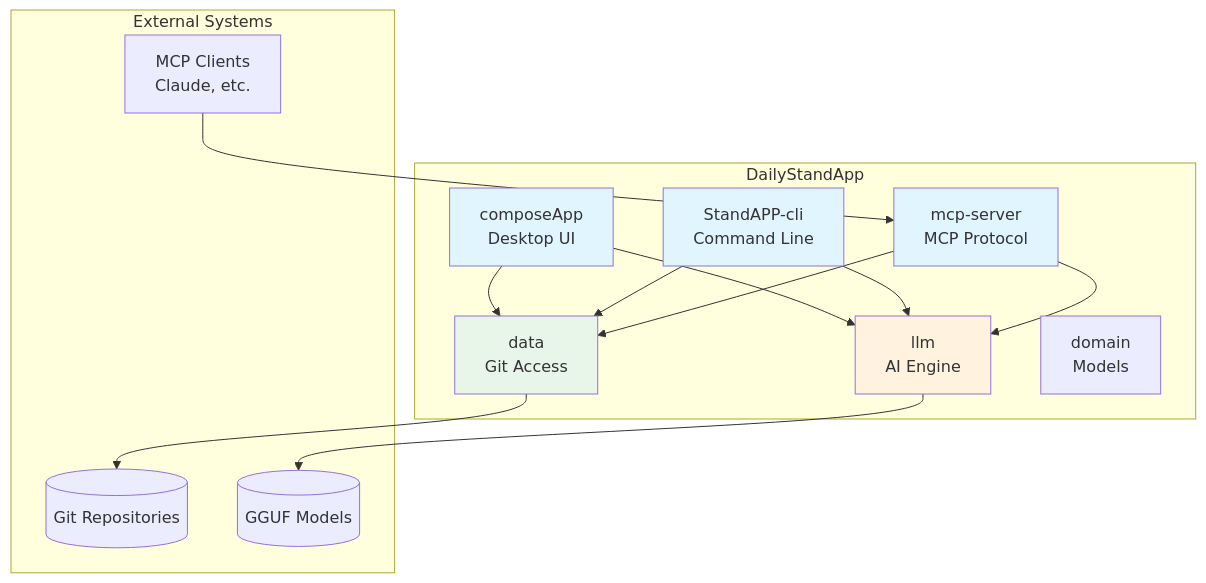
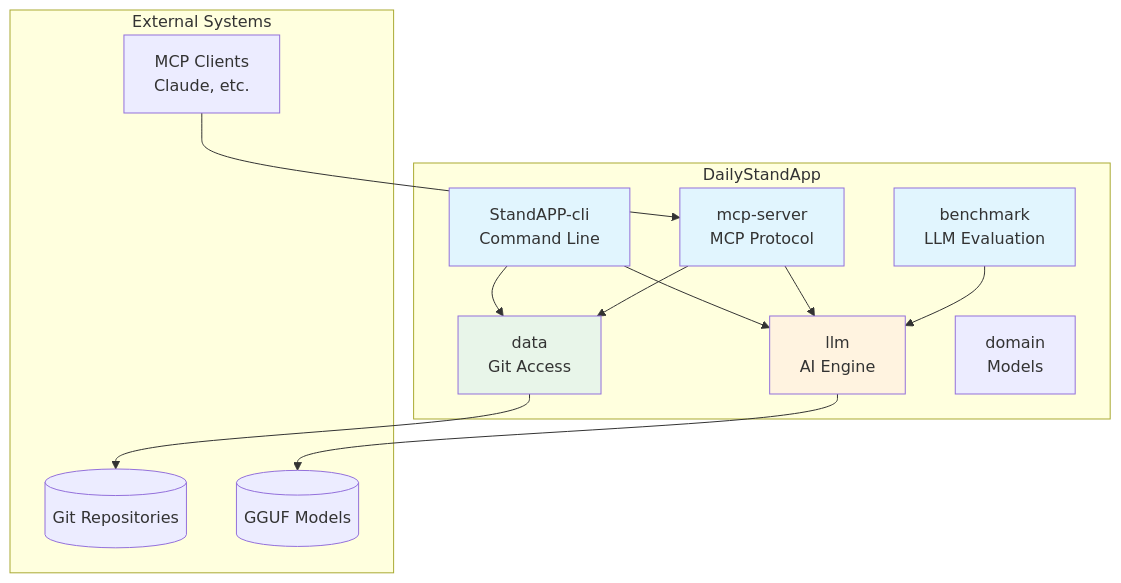
One commit to michalharakal/Daily-StandAPP changed the diagram in docs/modules/architecture/pages/index.adoc. Above: the diagram before and after it, drawn with Mermaid. The commit also changed other lines of this file and 10 other files, not shown here.

First line of the commit message:
Update arc42 architecture docs to reflect current codebase

```diff
--- a/docs/modules/architecture/pages/index.adoc
+++ b/docs/modules/architecture/pages/index.adoc
@@ -60,36 +60,35 @@
 [mermaid]
 ----
 graph TB
     subgraph "DailyStandApp"
-        UI[composeApp<br/>Desktop UI]
         CLI[StandAPP-cli<br/>Command Line]
         MCP[mcp-server<br/>MCP Protocol]
+        BENCH[benchmark<br/>LLM Evaluation]
 
         LLM[llm<br/>AI Engine]
         DATA[data<br/>Git Access]
         DOMAIN[domain<br/>Models]
     end
 
     subgraph "External Systems"
         GIT[(Git Repositories)]
         MODELS[(GGUF Models)]
         MCPCLIENT[MCP Clients<br/>Claude, etc.]
     end
 
-    UI --> LLM
-    UI --> DATA
     CLI --> LLM
     CLI --> DATA
     MCP --> LLM
     MCP --> DATA
+    BENCH --> LLM
 
     LLM --> MODELS
     DATA --> GIT
     MCPCLIENT --> MCP
 
-    style UI fill:#e1f5fe
     style CLI fill:#e1f5fe
     style MCP fill:#e1f5fe
+    style BENCH fill:#e1f5fe
     style LLM fill:#fff3e0
     style DATA fill:#e8f5e9
 ----
```
